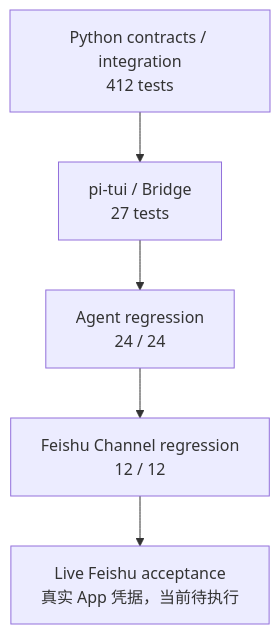
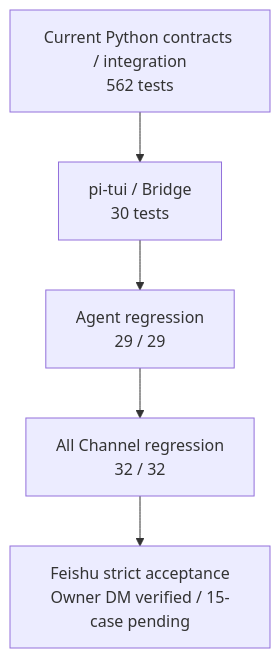
Before and after one commit to NEDONION/lobster0: the first of 2 diagrams in docs/engineering/phase-4/testing-and-operations.md, drawn with Mermaid. The commit also changed other lines of this file and 32 other files, not shown here.

Commit message:
docs(roadmap): 统一 Phase 交付时间线与当前证据

````diff
--- a/docs/engineering/phase-4/testing-and-operations.md
+++ b/docs/engineering/phase-4/testing-and-operations.md
@@ -9,7 +10,7 @@
 ```mermaid
 flowchart TB
-    P["Python contracts / integration\n412 tests"] --> T["pi-tui / Bridge\n27 tests"]
-    T --> A["Agent regression\n24 / 24"]
-    A --> C["Feishu Channel regression\n12 / 12"]
-    C --> L["Live Feishu acceptance\n真实 App 凭据，当前待执行"]
+    P["Current Python contracts / integration\n562 tests"] --> T["pi-tui / Bridge\n30 tests"]
+    T --> A["Agent regression\n29 / 29"]
+    A --> C["All Channel regression\n32 / 32"]
+    C --> L["Feishu strict acceptance\nOwner DM verified / 15-case pending"]
 ```
````
